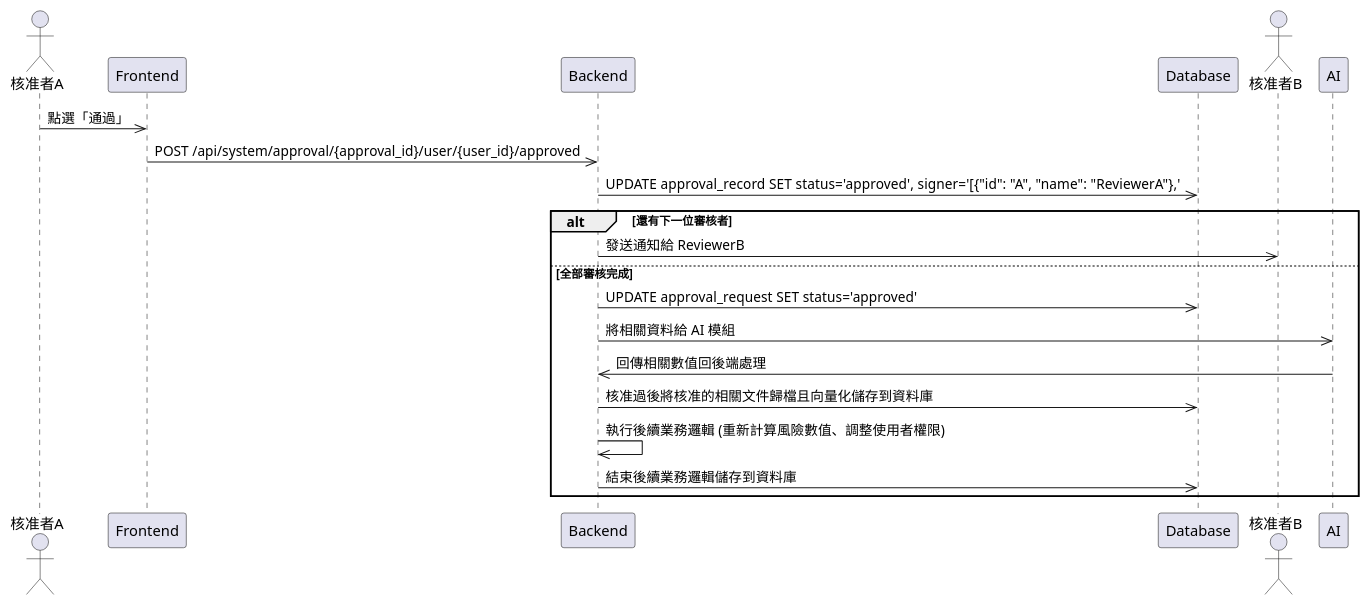
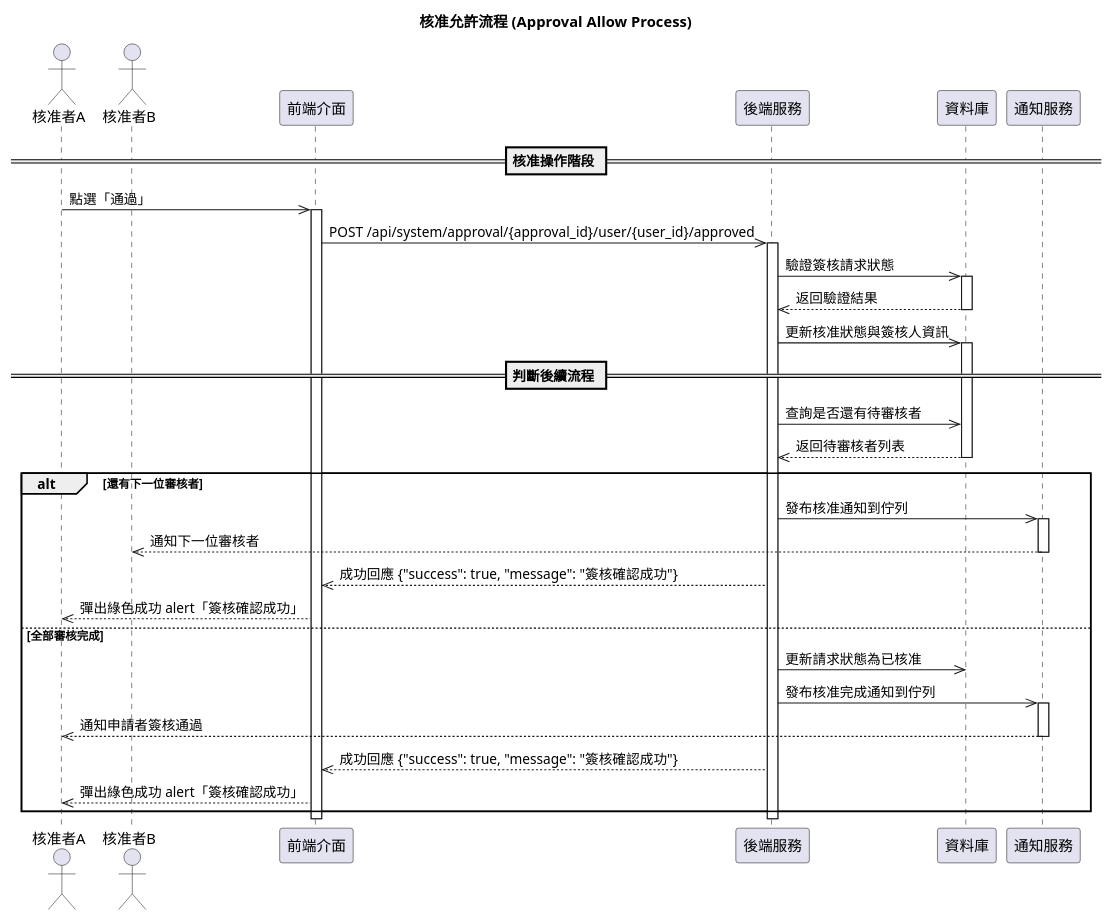
Before and after one commit to walle45611/NTUB_SecuManag_Diagram: the diagram in plantUML/sequence/approval_allow.puml, drawn with PlantUML. The commit also changed 1 other file, not shown here.

Commit message:
feat: 更新核准與拒絕流程圖，新增通知服務參與者並調整相關流程

```diff
--- a/plantUML/sequence/approval_allow.puml
+++ b/plantUML/sequence/approval_allow.puml
@@ -1,23 +1,57 @@
 @startuml
 
+title 核准允許流程 (Approval Allow Process)
+
 actor ReviewerA as "核准者A"
-participant Frontend
-participant Backend
-participant Database
 actor ReviewerB as "核准者B"
+participant Frontend as "前端介面"
+participant Backend as "後端服務"
+participant Database as "資料庫"
+participant NotificationService as "通知服務"
 
+== 核准操作階段 ==
 ReviewerA ->> Frontend: 點選「通過」
+activate Frontend
+
 Frontend ->> Backend: POST /api/system/approval/{approval_id}/user/{user_id}/approved
-Backend ->> Database: UPDATE approval_record SET status='approved', signer='[{"id": "A", "name": "ReviewerA"},'
+activate Backend
+
+Backend ->> Database: 驗證簽核請求狀態
+activate Database
+Database -->> Backend: 返回驗證結果
+deactivate Database
+
+Backend ->> Database: 更新核准狀態與簽核人資訊
+activate Database
+
+== 判斷後續流程 ==
+Backend ->> Database: 查詢是否還有待審核者
+Database -->> Backend: 返回待審核者列表
 
 alt 還有下一位審核者
-    Backend ->> ReviewerB: 發送通知給 ReviewerB
+    deactivate Database
+    Backend ->> NotificationService: 發布核准通知到佇列
+    activate NotificationService
+    NotificationService -->> ReviewerB: 通知下一位審核者
+    deactivate NotificationService
+
+    Backend -->> Frontend: 成功回應 {"success": true, "message": "簽核確認成功"}
+    Frontend -->> ReviewerA: 彈出綠色成功 alert「簽核確認成功」
+
 else 全部審核完成
-    Backend ->> Database: UPDATE approval_request SET status='approved'
-    Backend ->> AI :將相關資料給 AI 模組
-    AI ->> Backend : 回傳相關數值回後端處理
-    Backend ->> Database: 核准過後將核准的相關文件歸檔且向量化儲存到資料庫
-    Backend ->> Backend: 執行後續業務邏輯 (重新計算風險數值、調整使用者權限)
-    Backend ->> Database: 結束後續業務邏輯儲存到資料庫
+    Backend ->> Database: 更新請求狀態為已核准
+    deactivate Database
+
+    Backend ->> NotificationService: 發布核准完成通知到佇列
+    activate NotificationService
+    NotificationService -->> ReviewerA: 通知申請者簽核通過
+    deactivate NotificationService
+
+    Backend -->> Frontend: 成功回應 {"success": true, "message": "簽核確認成功"}
+    Frontend -->> ReviewerA: 彈出綠色成功 alert「簽核確認成功」
 end
+
+deactivate Backend
+deactivate Frontend
+
 @enduml
```
